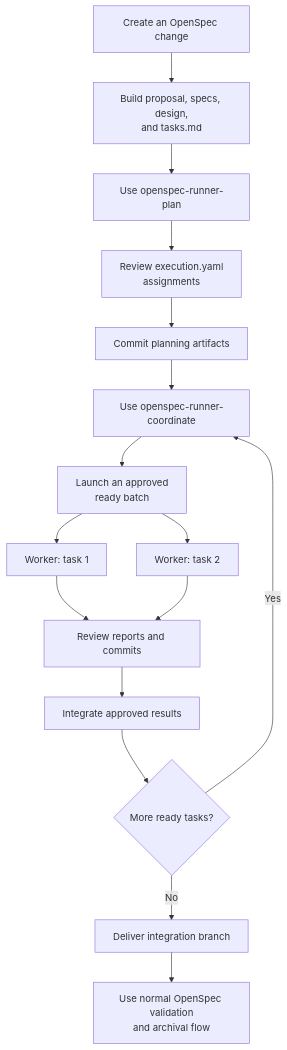
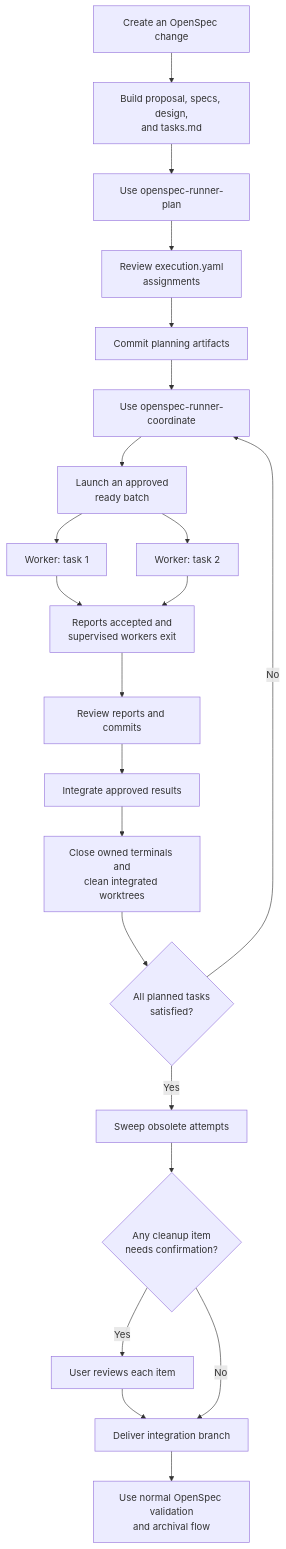
One commit to vfedoriv/openspec-runner changed the first of 4 diagrams in README.md. Above: the diagram before and after it, drawn with Mermaid. The commit also changed other lines of this file and 2 other files, not shown here.

Commit message:
Document automated cleanup lifecycle

````diff
--- a/README.md
+++ b/README.md
@@ -49,18 +50,24 @@
 ```mermaid
 flowchart TB
     A[Create an OpenSpec change] --> B[Build proposal, specs, design,<br/>and tasks.md]
     B --> C[Use openspec-runner-plan]
     C --> D[Review execution.yaml<br/>assignments]
     D --> E[Commit planning artifacts]
     E --> F[Use openspec-runner-coordinate]
     F --> G[Launch an approved<br/>ready batch]
     G --> H1[Worker: task 1]
     G --> H2[Worker: task 2]
-    H1 --> I[Review reports and commits]
-    H2 --> I
+    H1 --> X[Reports accepted and<br/>supervised workers exit]
+    H2 --> X
+    X --> I[Review reports and commits]
     I --> J[Integrate approved results]
-    J --> K{More ready tasks?}
-    K -- Yes --> F
-    K -- No --> L[Deliver integration branch]
+    J --> N[Close owned terminals and<br/>clean integrated worktrees]
+    N --> K{All planned tasks<br/>satisfied?}
+    K -- No --> F
+    K -- Yes --> O[Sweep obsolete attempts]
+    O --> Q{Any cleanup item<br/>needs confirmation?}
+    Q -- Yes --> R[User reviews each item]
+    R --> L[Deliver integration branch]
+    Q -- No --> L
     L --> M[Use normal OpenSpec validation<br/>and archival flow]
 ```
````
